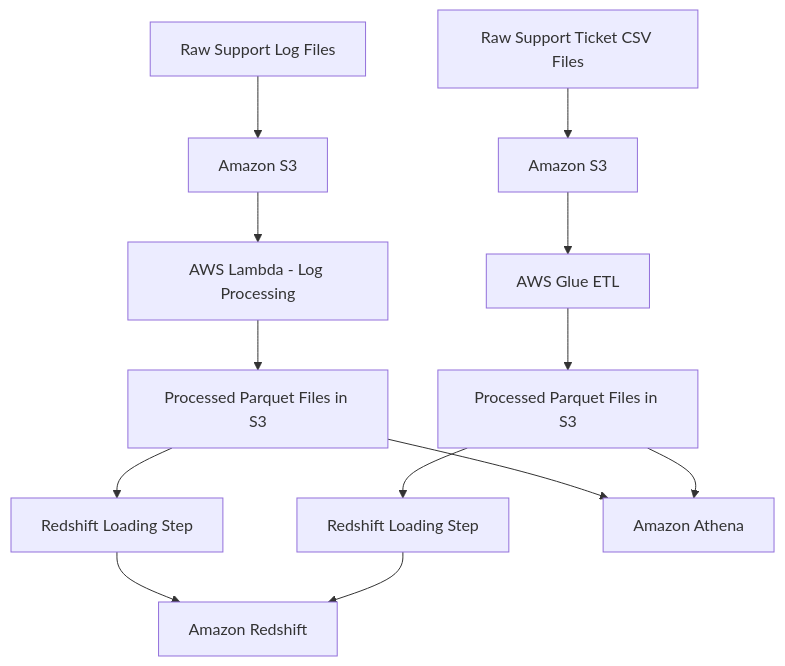
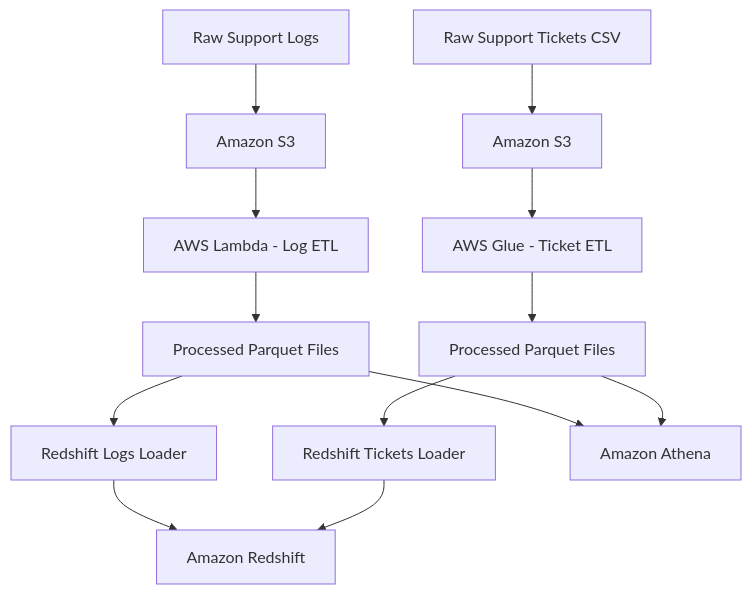
One commit to B3racha/cares-plus-data-engineering-pipeline changed the diagram in README.md. Above: the diagram before and after it, drawn with Mermaid. The commit also changed other lines of this file, not shown here.

````diff
--- a/README.md
+++ b/README.md
@@ -50,17 +47,17 @@
 ```mermaid
 flowchart TD
-    A[Raw Support Log Files] --> B[Amazon S3]
-    B --> C[AWS Lambda - Log Processing]
-    C --> D[Processed Parquet Files in S3]
-    D --> E[Redshift Loading Step]
+    A[Raw Support Logs] --> B[Amazon S3]
+    B --> C[AWS Lambda - Log ETL]
+    C --> D[Processed Parquet Files]
+    D --> E[Redshift Logs Loader]
     E --> F[Amazon Redshift]
 
-    G[Raw Support Ticket CSV Files] --> H[Amazon S3]
-    H --> I[AWS Glue ETL]
-    I --> J[Processed Parquet Files in S3]
-    J --> K[Redshift Loading Step]
+    G[Raw Support Tickets CSV] --> H[Amazon S3]
+    H --> I[AWS Glue - Ticket ETL]
+    I --> J[Processed Parquet Files]
+    J --> K[Redshift Tickets Loader]
     K --> F
 
     D --> L[Amazon Athena]
     J --> L
 ```
````
